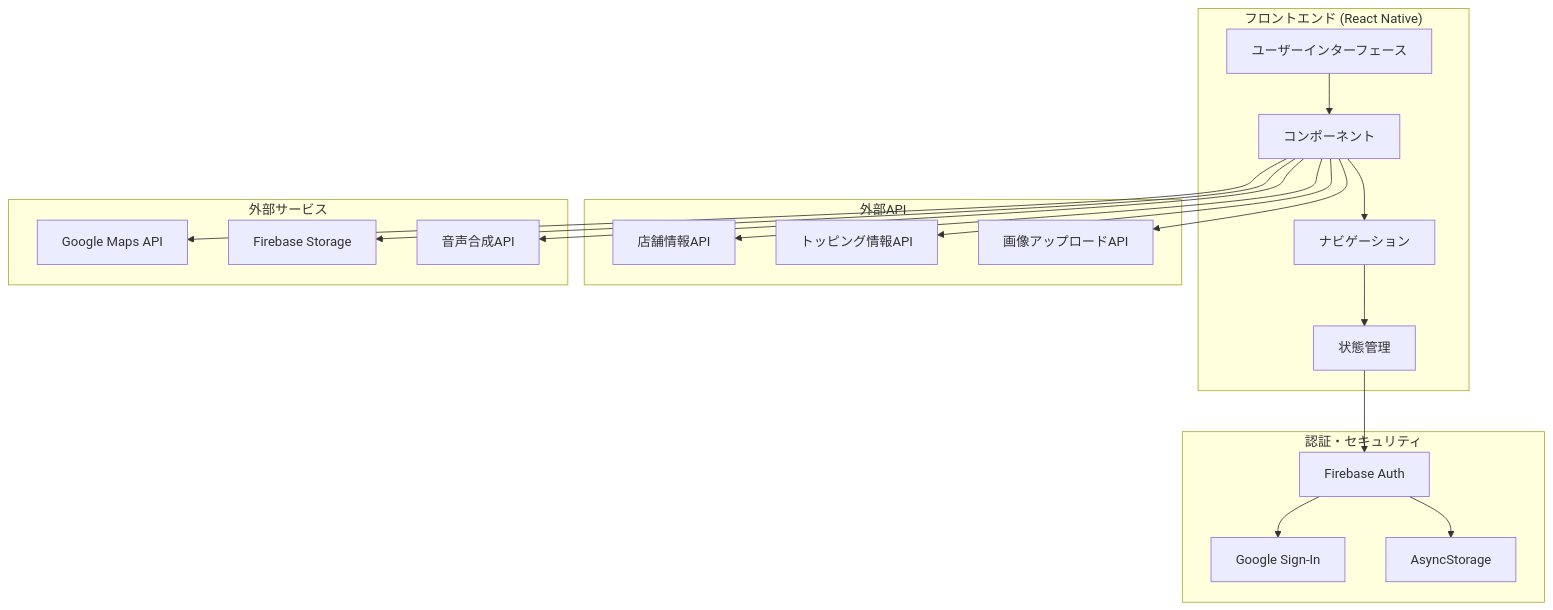
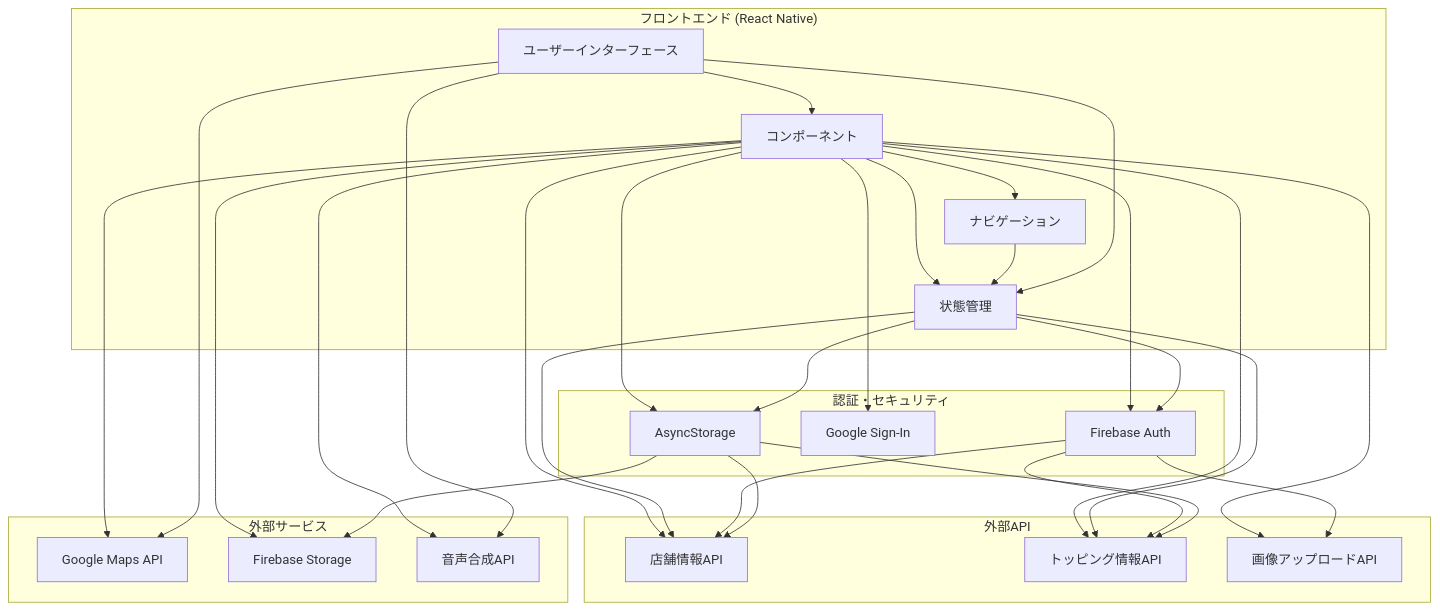
Before and after one commit to hideaki1979/jnavi_mobile: the first of 2 diagrams in README.md, drawn with Mermaid. The commit also changed other lines of this file and 1 other file, not shown here.

````diff
--- a/README.md
+++ b/README.md
@@ -138,40 +138,65 @@
 ```mermaid
 graph TB
     subgraph "フロントエンド (React Native)"
         A[ユーザーインターフェース]
         B[コンポーネント]
         C[ナビゲーション]
         D[状態管理]
     end
 
     subgraph "認証・セキュリティ"
         E[Firebase Auth]
         F[Google Sign-In]
         G[AsyncStorage]
     end
 
     subgraph "外部API"
         H[店舗情報API]
         I[トッピング情報API]
         J[画像アップロードAPI]
     end
 
     subgraph "外部サービス"
         K[Google Maps API]
         L[Firebase Storage]
         M[音声合成API]
     end
 
+    %% フロントエンド内部の相互作用
     A --> B
     B --> C
+    B --> D
     C --> D
+    A --> D
+
+    %% 認証システムとの相互作用
+    B --> E
+    B --> F
+    B --> G
     D --> E
-    E --> F
-    E --> G
+    D --> G
+
+    %% 外部APIとの相互作用
     B --> H
     B --> I
     B --> J
+    D --> H
+    D --> I
+
+    %% 外部サービスとの相互作用
     B --> K
     B --> L
     B --> M
+    A --> K
+    A --> M
+
+    %% 認証とAPIの相互作用
+    E --> H
+    E --> I
+    E --> J
+
+    %% ストレージとの相互作用
+    G --> L
+    G --> H
+    G --> I
 ```
````
